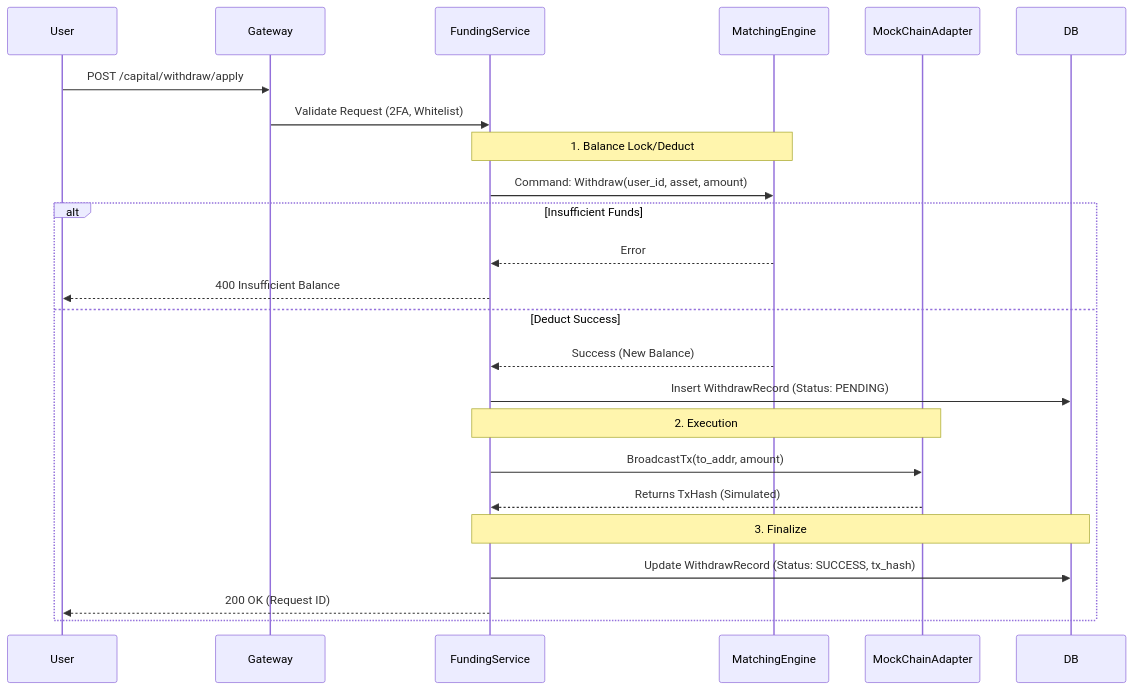
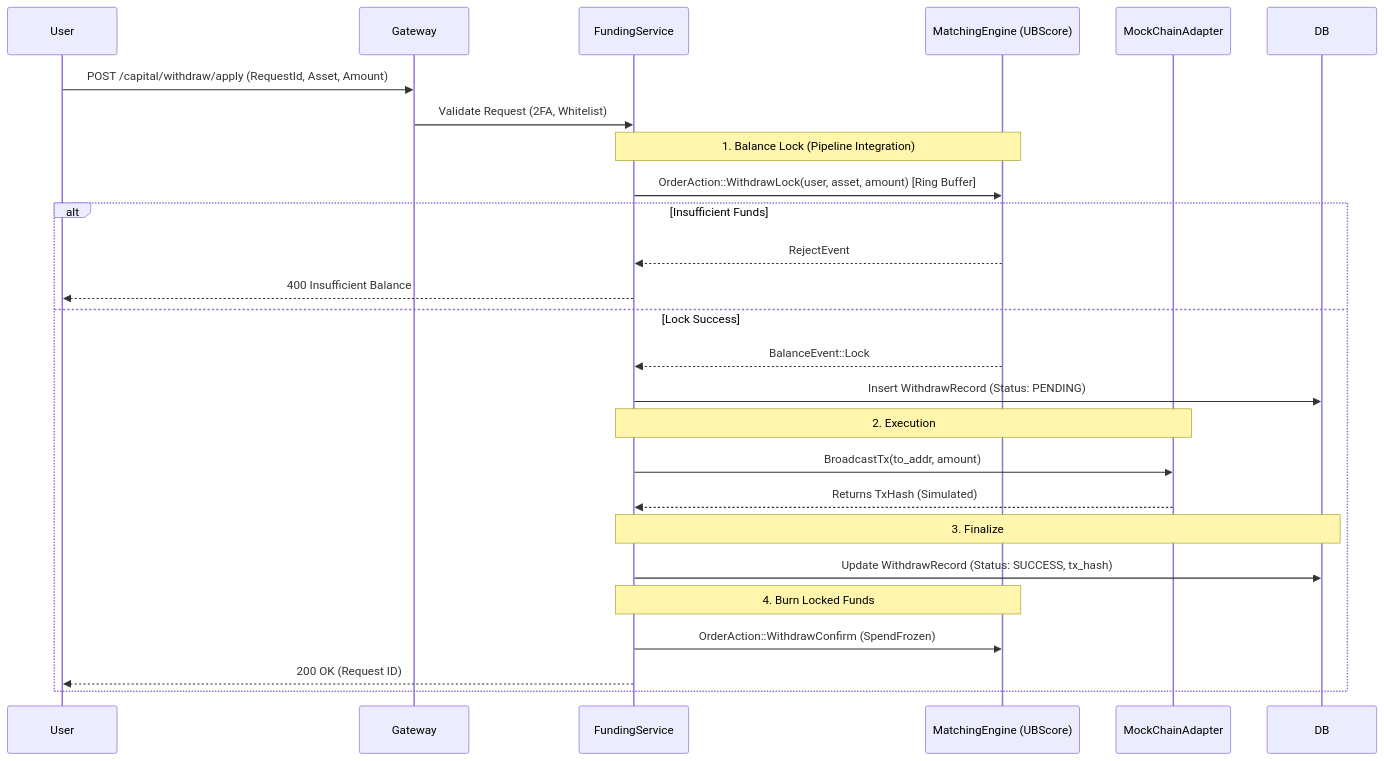
Before and after one commit to gjwang/zero_x_infinity: the second of 2 diagrams in docs/src/0x11-deposit-withdraw.md, drawn with Mermaid. The commit also changed other lines of this file and 5 other files, not shown here.

Commit message:
docs: 0x11 Architecture, Phase 0x12 Concept, and Handover (fix funding broken mod)

````diff
--- a/docs/src/0x11-deposit-withdraw.md
+++ b/docs/src/0x11-deposit-withdraw.md
@@ -73,30 +73,34 @@
 ```mermaid
 sequenceDiagram
     participant User
     participant GW as Gateway
     participant FS as FundingService
-    participant ME as MatchingEngine
+    participant ME as MatchingEngine (UBScore)
     participant Chain as MockChainAdapter
 
-    User->>GW: POST /capital/withdraw/apply
+    User->>GW: POST /capital/withdraw/apply (RequestId, Asset, Amount)
     GW->>FS: Validate Request (2FA, Whitelist)
     
-    Note over FS, ME: 1. Balance Lock/Deduct
-    FS->>ME: Command: Withdraw(user_id, asset, amount)
+    Note over FS, ME: 1. Balance Lock (Pipeline Integration)
+    FS->>ME: OrderAction::WithdrawLock(user, asset, amount) [Ring Buffer]
     
     alt Insufficient Funds
-        ME-->>FS: Error
+        ME-->>FS: RejectEvent
         FS-->>User: 400 Insufficient Balance
-    else Deduct Success
-        ME-->>FS: Success (New Balance)
+    else Lock Success
+        ME-->>FS: BalanceEvent::Lock
         FS->>DB: Insert WithdrawRecord (Status: PENDING)
         
         Note over FS, Chain: 2. Execution
         FS->>Chain: BroadcastTx(to_addr, amount)
         Chain-->>FS: Returns TxHash (Simulated)
         
         Note over FS, DB: 3. Finalize
         FS->>DB: Update WithdrawRecord (Status: SUCCESS, tx_hash)
+        
+        Note over FS, ME: 4. Burn Locked Funds
+        FS->>ME: OrderAction::WithdrawConfirm (SpendFrozen)
+        
         FS-->>User: 200 OK (Request ID)
     end
 ```
````
